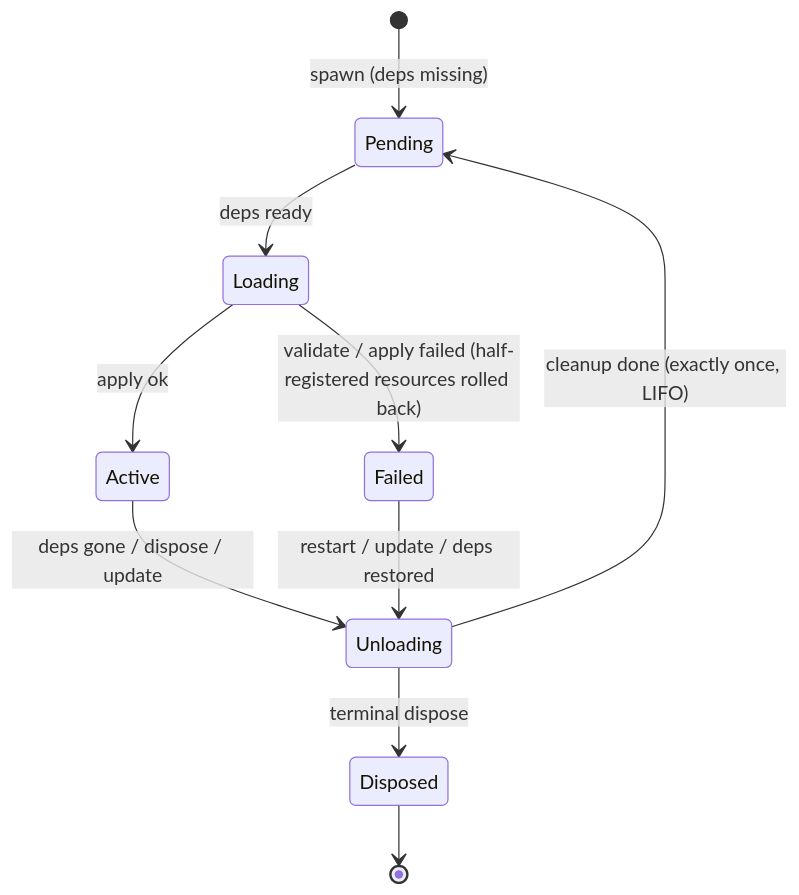
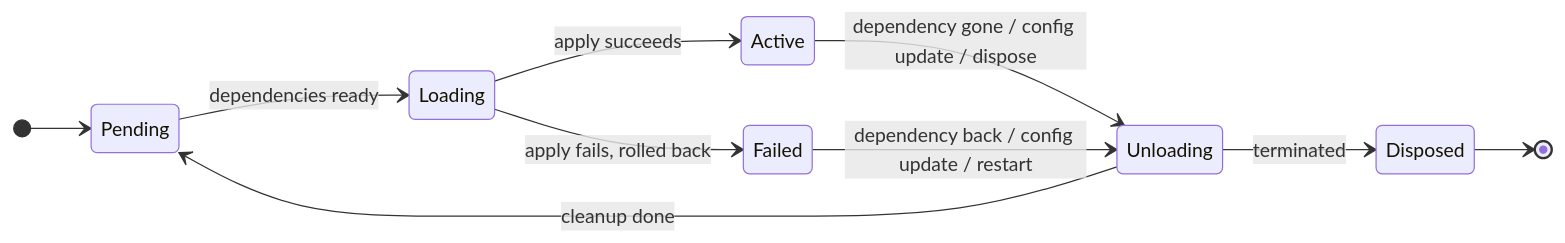
The diagram in README.en.md (CoutinhoTTS/rutis), drawn with Mermaid before and after one commit. The commit also changed other lines of this file and 12 other files, not shown here.

````diff
--- a/README.en.md
+++ b/README.en.md
@@ -117,12 +141,13 @@
 ```mermaid
 stateDiagram-v2
-    [*] --> Pending : spawn (deps missing)
-    Pending --> Loading : deps ready
-    Loading --> Active : apply ok
-    Loading --> Failed : validate / apply failed (half-registered resources rolled back)
-    Active --> Unloading : deps gone / dispose / update
-    Failed --> Unloading : restart / update / deps restored
-    Unloading --> Pending : cleanup done (exactly once, LIFO)
-    Unloading --> Disposed : terminal dispose
+    direction LR
+    [*] --> Pending
+    Pending --> Loading : dependencies ready
+    Loading --> Active : apply succeeds
+    Loading --> Failed : apply fails, rolled back
+    Active --> Unloading : dependency gone / config update / dispose
+    Failed --> Unloading : dependency back / config update / restart
+    Unloading --> Pending : cleanup done
+    Unloading --> Disposed : terminated
     Disposed --> [*]
 ```
````
